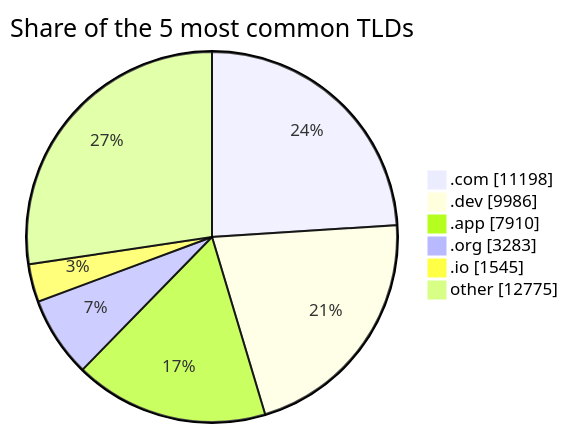
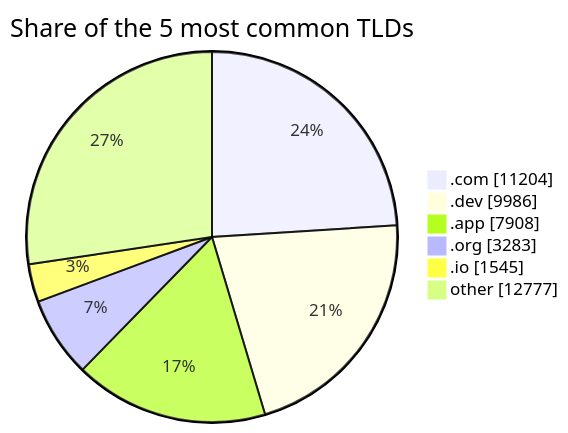
The third of 3 diagrams in README.md (DNSBunker/CTI), drawn with Mermaid before and after one commit. The commit also changed other lines of this file and 3 other files, not shown here.

````diff
--- a/README.md
+++ b/README.md
@@ -81,9 +81,9 @@
 ```mermaid
 pie showData title Share of the 5 most common TLDs
-    ".com" : 11198
+    ".com" : 11204
     ".dev" : 9986
-    ".app" : 7910
+    ".app" : 7908
     ".org" : 3283
     ".io" : 1545
-    "other" : 12775
+    "other" : 12777
 ```
````
